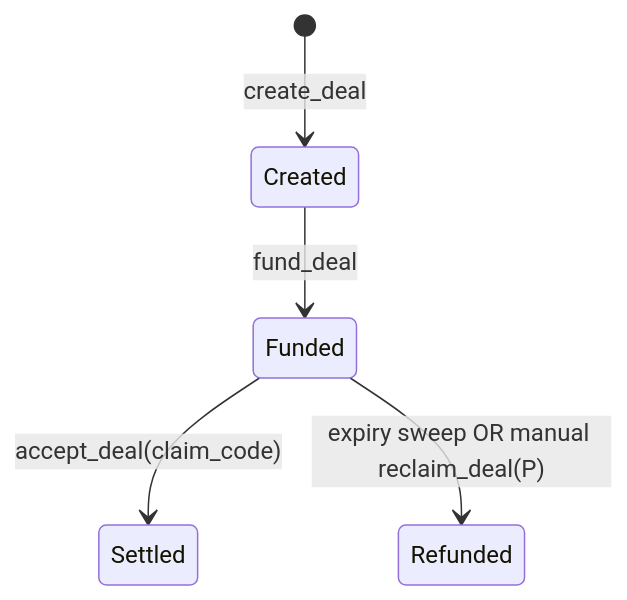
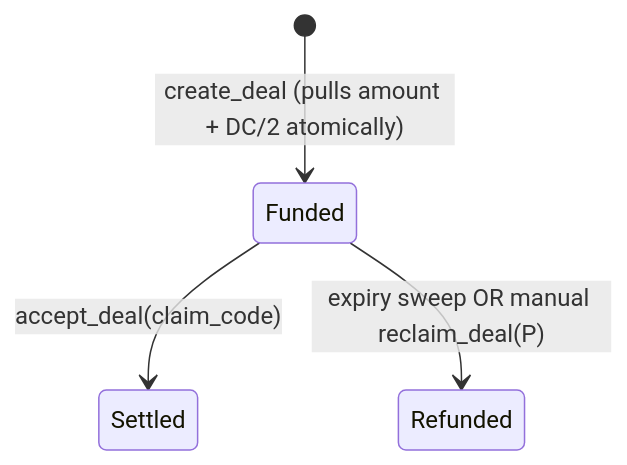
Before and after one commit to AntonioVentilii/escrow: the second of 2 diagrams in docs/flows/tip.md, drawn with Mermaid. The commit also changed other lines of this file and 8 other files, not shown here.

````diff
--- a/docs/flows/tip.md
+++ b/docs/flows/tip.md
@@ -34,7 +34,6 @@
 ```mermaid
 stateDiagram-v2
-    [*] --> Created: create_deal
-    Created --> Funded: fund_deal
+    [*] --> Funded: create_deal (pulls amount + DC/2 atomically)
     Funded --> Settled: accept_deal(claim_code)
     Funded --> Refunded: expiry sweep OR manual reclaim_deal(P)
 ```
````
